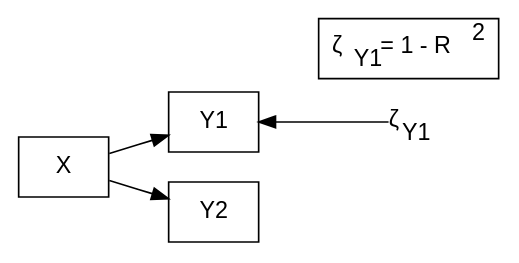
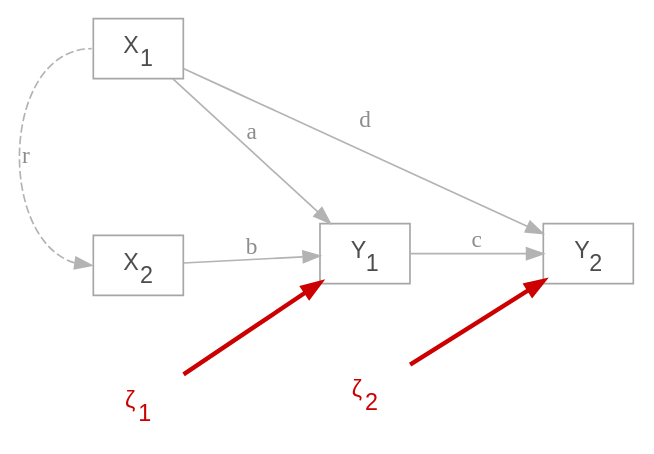
One commit to pennekampster/Swiss_SEM changed diagram 15 of 26 in 5_Slides/Intro_to_SEM_part1.qmd. Above: the diagram before and after it, drawn with Graphviz. The commit also changed other lines of this file and 5 other files, not shown here.

````diff
--- a/5_Slides/Intro_to_SEM_part1.qmd
+++ b/5_Slides/Intro_to_SEM_part1.qmd
@@ -1010,31 +957,20 @@
 ```{dot}
-//| fig-width: 5
+//| fig-width: 6.5
+//| fig-height: 3.3
 digraph {
-
-  # a 'graph' statement
-  graph [overlap = false, fontsize = 15, layout = dot, rankdir = LR];
-
-  # 'node' statements
-  node [shape = box, fontname = Helvetica];
-  
-  X; 
-  Y1; 
-  Y2;
-
-  E3 [label = < &zeta;<SUB>Y1</SUB> = 1 - R<SUP>2</SUP>>];
-
-    node [shape = plain,
-        fontname = Helvetica];
-  E1;
-
-  # 'edge' statements
-  X -> Y1;
-  X -> Y2;
-  E1 -> Y1; 
-
-E1 [label = <&zeta;<SUB>Y1</SUB>>]; 
-
-  {rank=min; X; };
-{rank=max; E1; };
+  graph [rankdir = LR, fontsize = 14, ranksep = 1.0, nodesep = 0.65]
+  node [shape = box, fontname = Helvetica, color = "gray65", fontcolor = "gray30"]
+  X1 [label = <X<SUB>1</SUB>>]; X2 [label = <X<SUB>2</SUB>>]
+  Y1 [label = <Y<SUB>1</SUB>>]; Y2 [label = <Y<SUB>2</SUB>>]
+  node [shape = plaintext, fontname = Helvetica, color = "#cc0000", fontcolor = "#cc0000"]
+  z1 [label = <&zeta;<SUB>1</SUB>>]; z2 [label = <&zeta;<SUB>2</SUB>>]
+  edge [color = "gray70", fontcolor = "gray55"]
+  X1 -> Y1 [label = "a"]; X2 -> Y1 [label = "b"]
+  Y1 -> Y2 [label = "c"]; X1 -> Y2 [label = "d"]
+  X1:w -> X2:w [dir = both, constraint = false, label = "r", style = dashed]
+  z1 -> Y1 [color = "#cc0000", penwidth = 2.6]
+  z2 -> Y2 [color = "#cc0000", penwidth = 2.6]
+  {rank = min; X1; X2}
+  {rank = max; Y2}
 }
 ```
````
